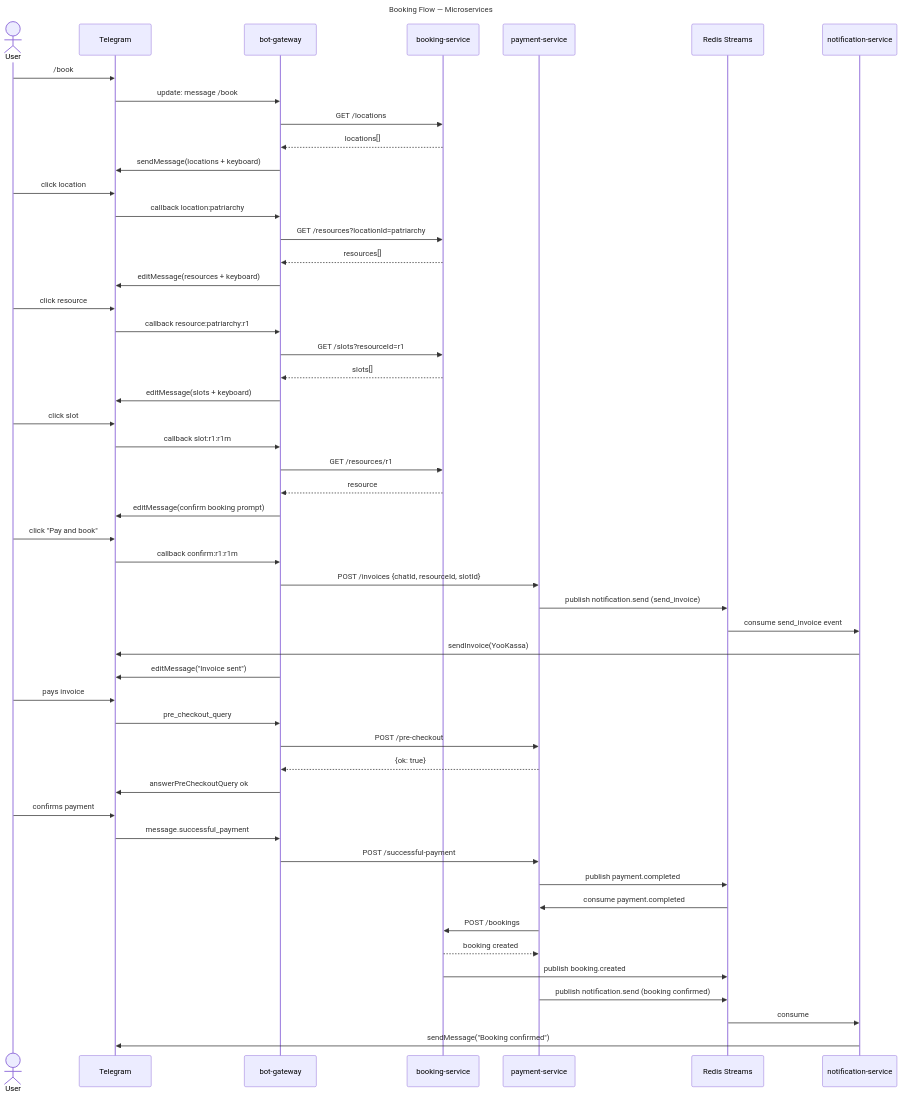
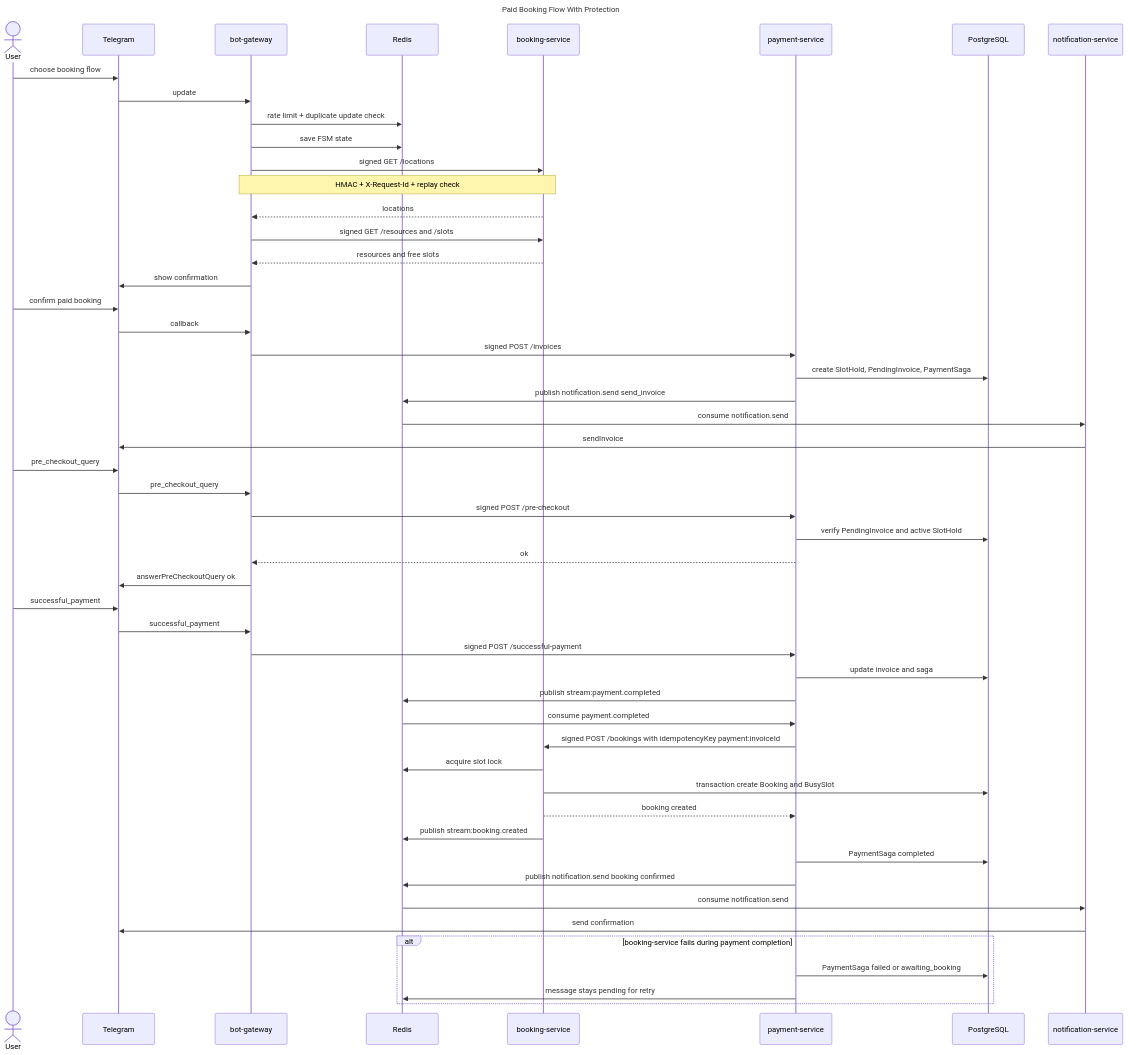
One commit to Hqzdev/Metrix changed the diagram in docs/telegram-bot-diagrams/08-booking-flow-ms.mmd. Above: the diagram before and after it, drawn with Mermaid. The commit also changed 162 other files, not shown here.

```diff
--- a/docs/telegram-bot-diagrams/08-booking-flow-ms.mmd
+++ b/docs/telegram-bot-diagrams/08-booking-flow-ms.mmd
@@ -1,61 +1,62 @@
 ---
-title: Booking Flow — Microservices
+title: Paid Booking Flow With Protection
 ---
 sequenceDiagram
     actor User
     participant TG as Telegram
     participant GW as bot-gateway
+    participant Redis as Redis
     participant BK as booking-service
     participant PAY as payment-service
-    participant REDIS as Redis Streams
+    participant PG as PostgreSQL
     participant NOT as notification-service
 
-    User->>TG: /book
-    TG->>GW: update: message /book
-    GW->>BK: GET /locations
-    BK-->>GW: locations[]
-    GW->>TG: sendMessage(locations + keyboard)
+    User->>TG: choose booking flow
+    TG->>GW: update
+    GW->>Redis: rate limit + duplicate update check
+    GW->>Redis: save FSM state
 
-    User->>TG: click location
-    TG->>GW: callback location:patriarchy
-    GW->>BK: GET /resources?locationId=patriarchy
-    BK-->>GW: resources[]
-    GW->>TG: editMessage(resources + keyboard)
+    GW->>BK: signed GET /locations
+    Note over GW,BK: HMAC + X-Request-Id + replay check
+    BK-->>GW: locations
 
-    User->>TG: click resource
-    TG->>GW: callback resource:patriarchy:r1
-    GW->>BK: GET /slots?resourceId=r1
-    BK-->>GW: slots[]
-    GW->>TG: editMessage(slots + keyboard)
+    GW->>BK: signed GET /resources and /slots
+    BK-->>GW: resources and free slots
+    GW->>TG: show confirmation
 
-    User->>TG: click slot
-    TG->>GW: callback slot:r1:r1m
-    GW->>BK: GET /resources/r1
-    BK-->>GW: resource
-    GW->>TG: editMessage(confirm booking prompt)
+    User->>TG: confirm paid booking
+    TG->>GW: callback
+    GW->>PAY: signed POST /invoices
+    PAY->>PG: create SlotHold, PendingInvoice, PaymentSaga
+    PAY->>Redis: publish notification.send send_invoice
+    Redis->>NOT: consume notification.send
+    NOT->>TG: sendInvoice
 
-    User->>TG: click "Pay and book"
-    TG->>GW: callback confirm:r1:r1m
-    GW->>PAY: POST /invoices {chatId, resourceId, slotId}
-    PAY->>REDIS: publish notification.send (send_invoice)
-    REDIS->>NOT: consume send_invoice event
-    NOT->>TG: sendInvoice(YooKassa)
-    GW->>TG: editMessage("Invoice sent")
-
-    User->>TG: pays invoice
+    User->>TG: pre_checkout_query
     TG->>GW: pre_checkout_query
-    GW->>PAY: POST /pre-checkout
-    PAY-->>GW: {ok: true}
+    GW->>PAY: signed POST /pre-checkout
+    PAY->>PG: verify PendingInvoice and active SlotHold
+    PAY-->>GW: ok
     GW->>TG: answerPreCheckoutQuery ok
 
-    User->>TG: confirms payment
-    TG->>GW: message.successful_payment
-    GW->>PAY: POST /successful-payment
-    PAY->>REDIS: publish payment.completed
-    REDIS->>PAY: consume payment.completed
-    PAY->>BK: POST /bookings
+    User->>TG: successful_payment
+    TG->>GW: successful_payment
+    GW->>PAY: signed POST /successful-payment
+    PAY->>PG: update invoice and saga
+    PAY->>Redis: publish stream:payment.completed
+
+    Redis->>PAY: consume payment.completed
+    PAY->>BK: signed POST /bookings with idempotencyKey payment:invoiceId
+    BK->>Redis: acquire slot lock
+    BK->>PG: transaction create Booking and BusySlot
     BK-->>PAY: booking created
-    BK->>REDIS: publish booking.created
-    PAY->>REDIS: publish notification.send (booking confirmed)
-    REDIS->>NOT: consume
-    NOT->>TG: sendMessage("Booking confirmed")
+    BK->>Redis: publish stream:booking.created
+    PAY->>PG: PaymentSaga completed
+    PAY->>Redis: publish notification.send booking confirmed
+    Redis->>NOT: consume notification.send
+    NOT->>TG: send confirmation
+
+    alt booking-service fails during payment completion
+        PAY->>PG: PaymentSaga failed or awaiting_booking
+        PAY->>Redis: message stays pending for retry
+    end
```
